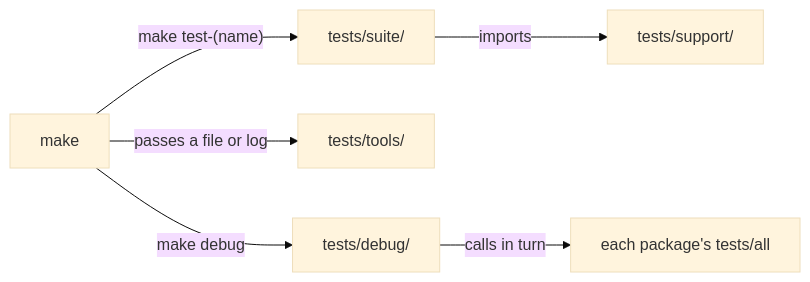
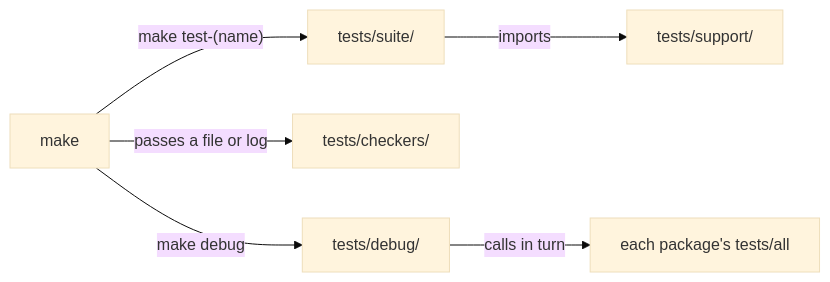
The diagram in tests/README.md (kansosystem-org/kspl-experimental), drawn with Mermaid (base theme) before and after one commit. The commit also changed other lines of this file and 440 other files, not shown here.

````diff
--- a/tests/README.md
+++ b/tests/README.md
@@ -20,8 +20,8 @@
 ```mermaid
 flowchart LR
     M["make"] -->|"make test-(name)"| S["tests/suite/"]
-    M -->|"passes a file or log"| T["tests/tools/"]
+    M -->|"passes a file or log"| T["tests/checkers/"]
     M -->|"make debug"| D["tests/debug/"]
     S -->|imports| H["tests/support/"]
     D -->|"calls in turn"| P["each package's tests/all"]
 ```
````
